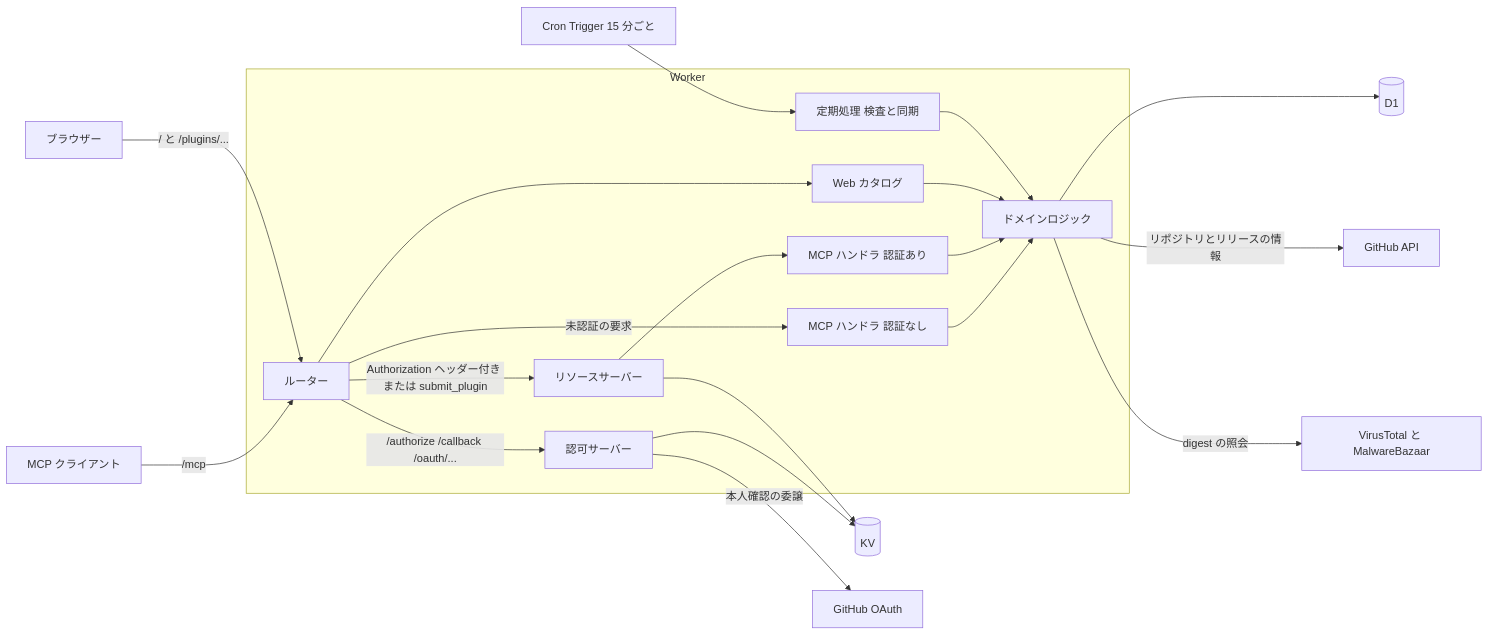
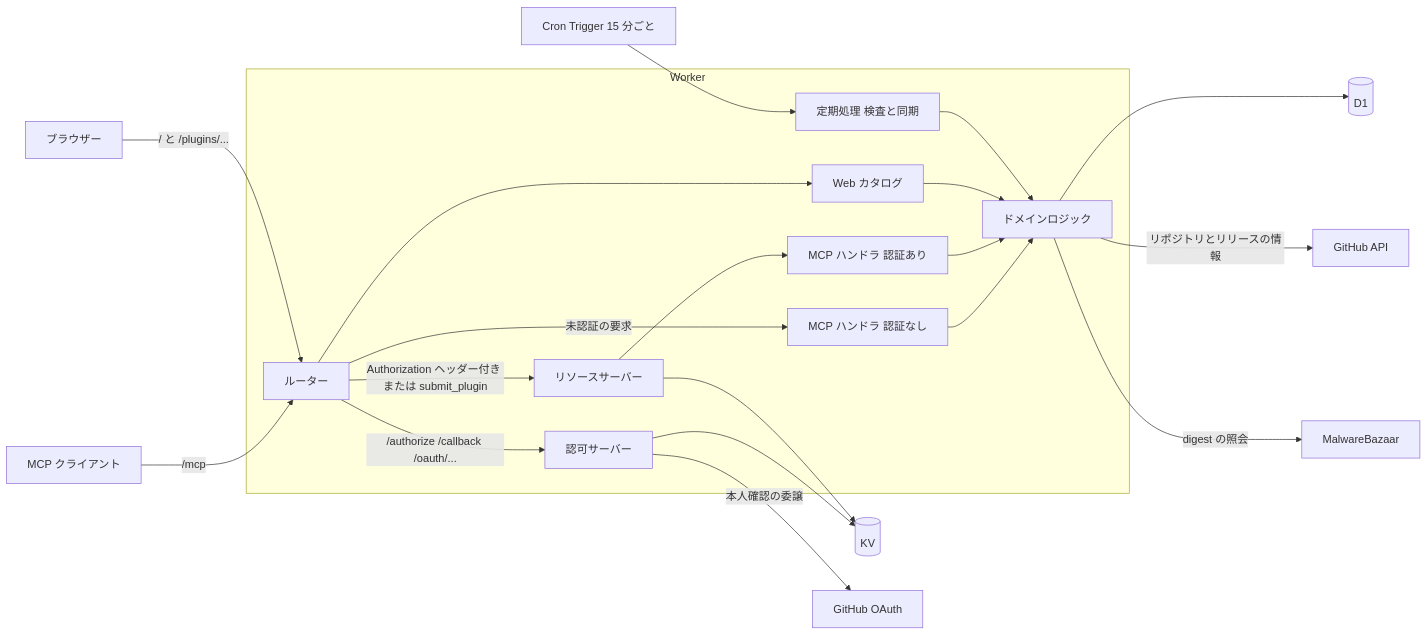
The diagram in docs/design/architecture.md (AllegroMoltoV/plugin-soko-kun), drawn with Mermaid before and after one commit. The commit also changed other lines of this file and 32 other files, not shown here.

First line of the commit message:
VirusTotal を照会先から外し、MalwareBazaar だけで照合する

````diff
--- a/docs/design/architecture.md
+++ b/docs/design/architecture.md
@@ -13,25 +13,25 @@
 ```mermaid
 flowchart LR
   agent[MCP クライアント] -->|/mcp| router
   browser[ブラウザー] -->|/ と /plugins/...| router
   cron[Cron Trigger 15 分ごと] --> scheduled
   subgraph worker[Worker]
     router[ルーター]
     router -->|未認証の要求| mcpPublic[MCP ハンドラ 認証なし]
     router -->|Authorization ヘッダー付き または submit_plugin| rs[リソースサーバー]
     rs --> mcpAuth[MCP ハンドラ 認証あり]
     router -->|/authorize /callback /oauth/...| as[認可サーバー]
     router --> web[Web カタログ]
     scheduled[定期処理 検査と同期]
     mcpPublic --> domain[ドメインロジック]
     mcpAuth --> domain
     web --> domain
     scheduled --> domain
   end
   as --> kv[(KV)]
   rs --> kv
   as -->|本人確認の委譲| ghOAuth[GitHub OAuth]
   domain --> d1[(D1)]
   domain -->|リポジトリとリリースの情報| ghApi[GitHub API]
-  domain -->|digest の照会| scanners[VirusTotal と MalwareBazaar]
+  domain -->|digest の照会| scanners[MalwareBazaar]
 ```
````
